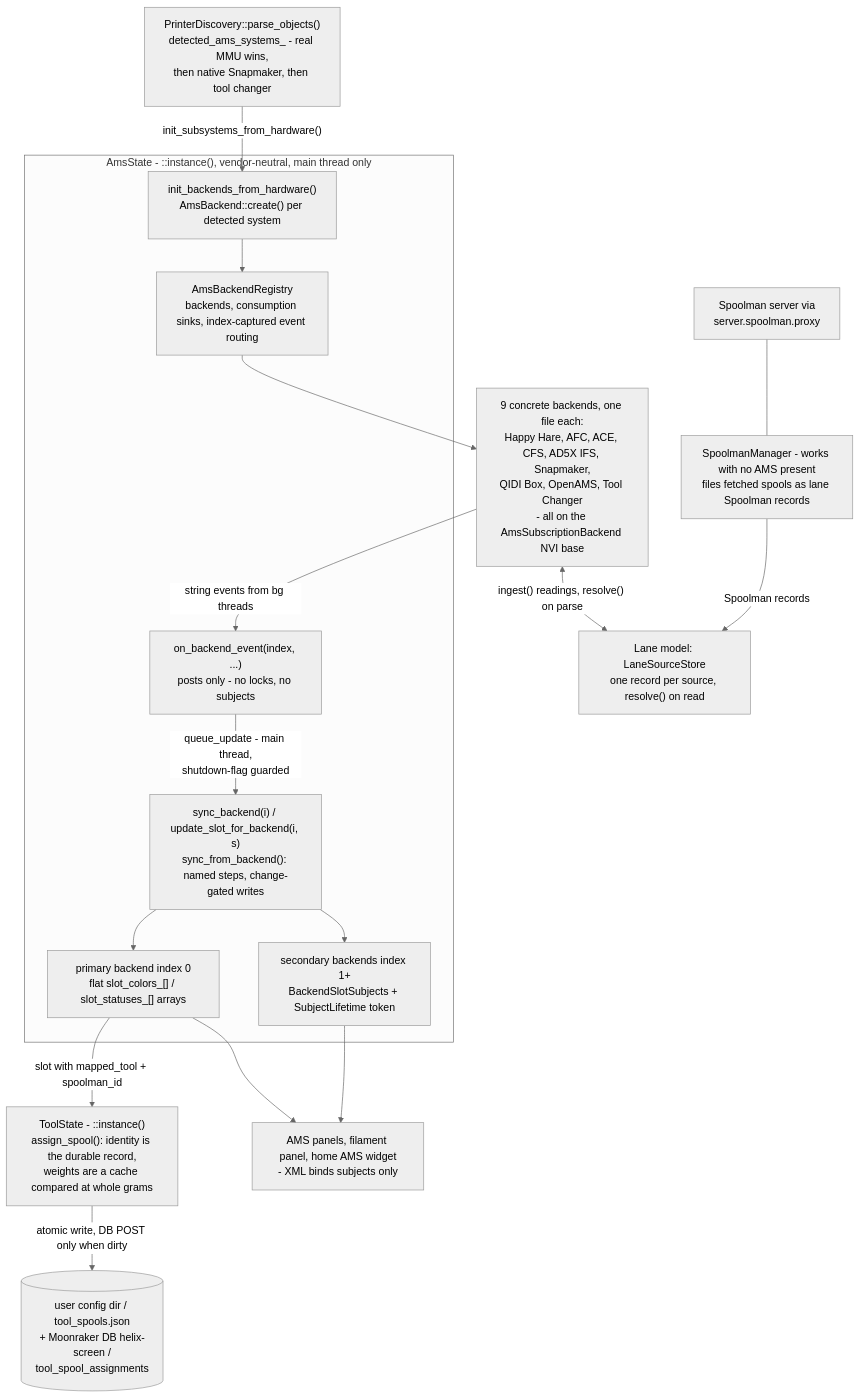
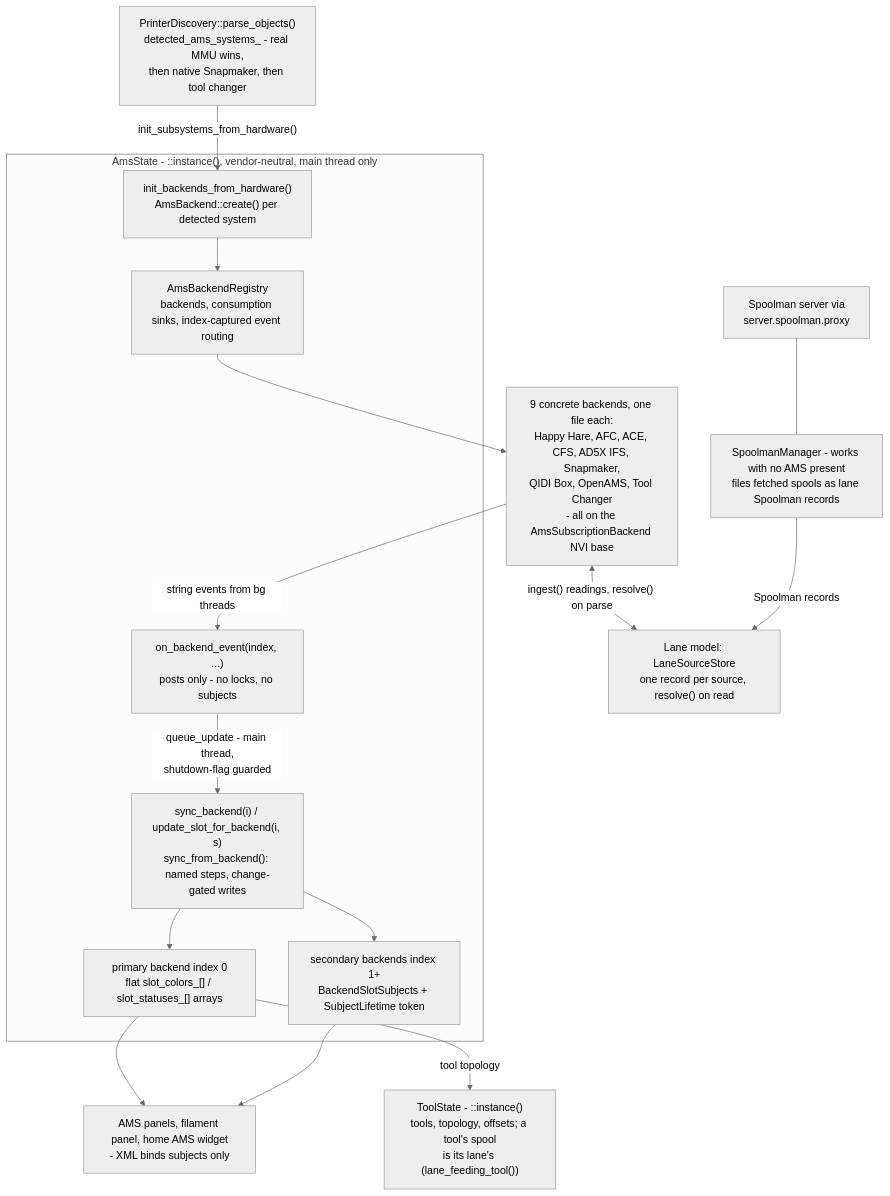
The diagram in docs/devel/architecture/07-filament-ams.md (prestonbrown/helixscreen), drawn with Mermaid (neutral theme) before and after one commit. The commit also changed other lines of this file and 49 other files, not shown here.

First line of the commit message:
refactor(ams): a tool's spool is its lane's; Keep Spool Info on Eject only where the record is all

````diff
--- a/docs/devel/architecture/07-filament-ams.md
+++ b/docs/devel/architecture/07-filament-ams.md
@@ -9,40 +9,38 @@
 ```mermaid
 flowchart TB
     PO["PrinterDiscovery::parse_objects()<br/>detected_ams_systems_ - real MMU wins,<br/>then native Snapmaker, then tool changer"]
 
     subgraph AMS["AmsState - ::instance(), vendor-neutral, main thread only"]
         INIT["init_backends_from_hardware()<br/>AmsBackend::create() per detected system"]
         kReg["AmsBackendRegistry<br/>backends, consumption sinks, index-captured event routing"]
         EV["on_backend_event(index, ...)<br/>posts only - no locks, no subjects"]
         SYNC["sync_backend(i) / update_slot_for_backend(i, s)<br/>sync_from_backend(): named steps, change-gated writes"]
         B0["primary backend index 0<br/>flat slot_colors_[] / slot_statuses_[] arrays"]
         B1["secondary backends index 1+<br/>BackendSlotSubjects + SubjectLifetime token"]
     end
 
     CONC["9 concrete backends, one file each:<br/>Happy Hare, AFC, ACE, CFS, AD5X IFS, Snapmaker,<br/>QIDI Box, OpenAMS, Tool Changer<br/>- all on the AmsSubscriptionBackend NVI base"]
 
     LANE["Lane model: LaneSourceStore<br/>one record per source, resolve() on read"]
 
-    TS["ToolState - ::instance()<br/>assign_spool(): identity is the durable record,<br/>weights are a cache compared at whole grams"]
-    PERSIST[("user config dir / tool_spools.json<br/>+ Moonraker DB helix-screen /<br/>tool_spool_assignments")]
+    TS["ToolState - ::instance()<br/>tools, topology, offsets; a tool's spool<br/>is its lane's (lane_feeding_tool())"]
 
     SM["SpoolmanManager - works with no AMS present<br/>files fetched spools as lane Spoolman records"]
     SPOOL["Spoolman server via<br/>server.spoolman.proxy"]
 
     UI["AMS panels, filament panel, home AMS widget<br/>- XML binds subjects only"]
 
     PO -->|"init_subsystems_from_hardware()"| INIT
     INIT --> kReg
     kReg --> CONC
     CONC -->|"string events from bg threads"| EV
     CONC <-->|"ingest() readings, resolve() on parse"| LANE
     EV -->|"queue_update - main thread,<br/>shutdown-flag guarded"| SYNC
     SYNC --> B0
     SYNC --> B1
     B0 --> UI
     B1 --> UI
-    B0 -->|"slot with mapped_tool + spoolman_id"| TS
-    TS -->|"atomic write, DB POST only when dirty"| PERSIST
+    B0 -->|"tool topology"| TS
     SM -->|"Spoolman records"| LANE
     SPOOL --- SM
 ```
````
